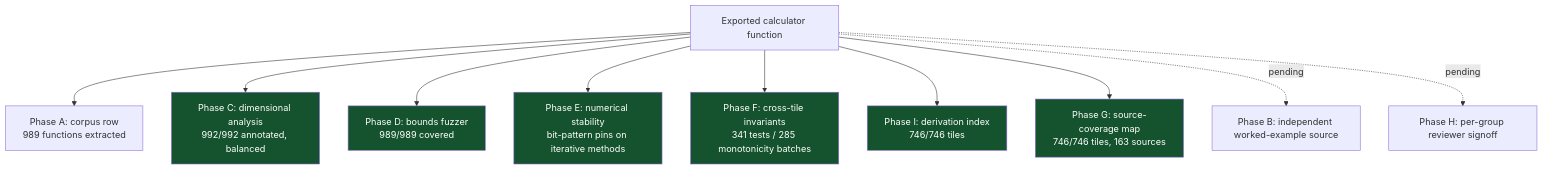
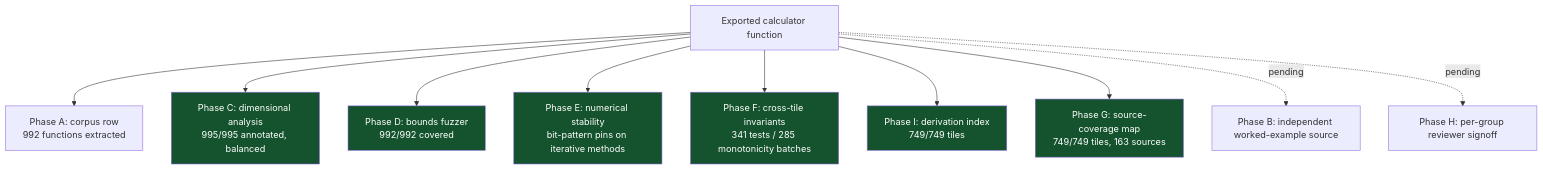
One commit to clay-good/roughlogic.com changed the sixth of 8 diagrams in README.md. Above: the diagram before and after it, drawn with Mermaid. The commit also changed other lines of this file and 21 other files, not shown here.

````diff
--- a/README.md
+++ b/README.md
@@ -519,18 +519,18 @@
 ```mermaid
 flowchart TB
-    F[Exported calculator function] --> A[Phase A: corpus row\n989 functions extracted]
-    F --> C[Phase C: dimensional analysis\n992/992 annotated, balanced]
-    F --> D[Phase D: bounds fuzzer\n989/989 covered]
+    F[Exported calculator function] --> A[Phase A: corpus row\n992 functions extracted]
+    F --> C[Phase C: dimensional analysis\n995/995 annotated, balanced]
+    F --> D[Phase D: bounds fuzzer\n992/992 covered]
     F --> E[Phase E: numerical stability\nbit-pattern pins on iterative methods]
     F --> Fa[Phase F: cross-tile invariants\n341 tests / 285 monotonicity batches]
-    F --> I[Phase I: derivation index\n746/746 tiles]
-    F --> G[Phase G: source-coverage map\n746/746 tiles, 163 sources]
+    F --> I[Phase I: derivation index\n749/749 tiles]
+    F --> G[Phase G: source-coverage map\n749/749 tiles, 163 sources]
     F -.pending.-> B[Phase B: independent worked-example source]
     F -.pending.-> H[Phase H: per-group reviewer signoff]
     style C fill:#14532d,color:#fff
     style D fill:#14532d,color:#fff
     style E fill:#14532d,color:#fff
     style Fa fill:#14532d,color:#fff
     style G fill:#14532d,color:#fff
     style I fill:#14532d,color:#fff
 ```
````
